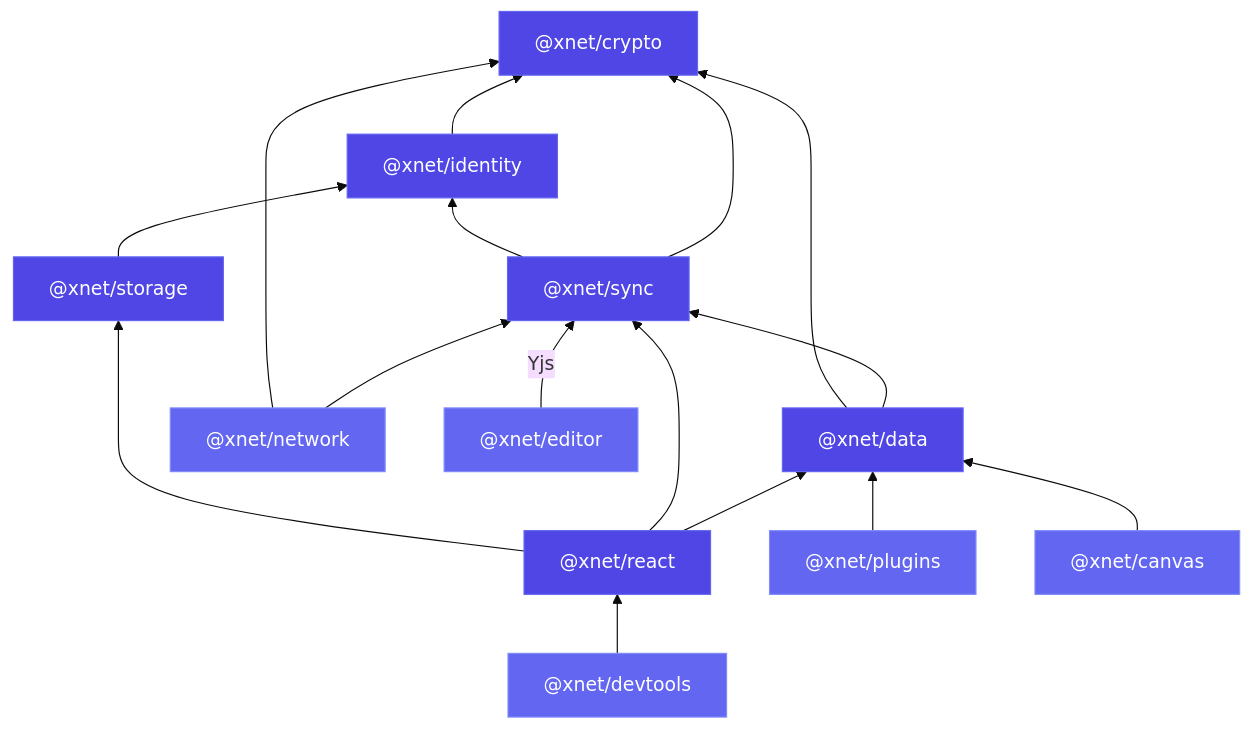
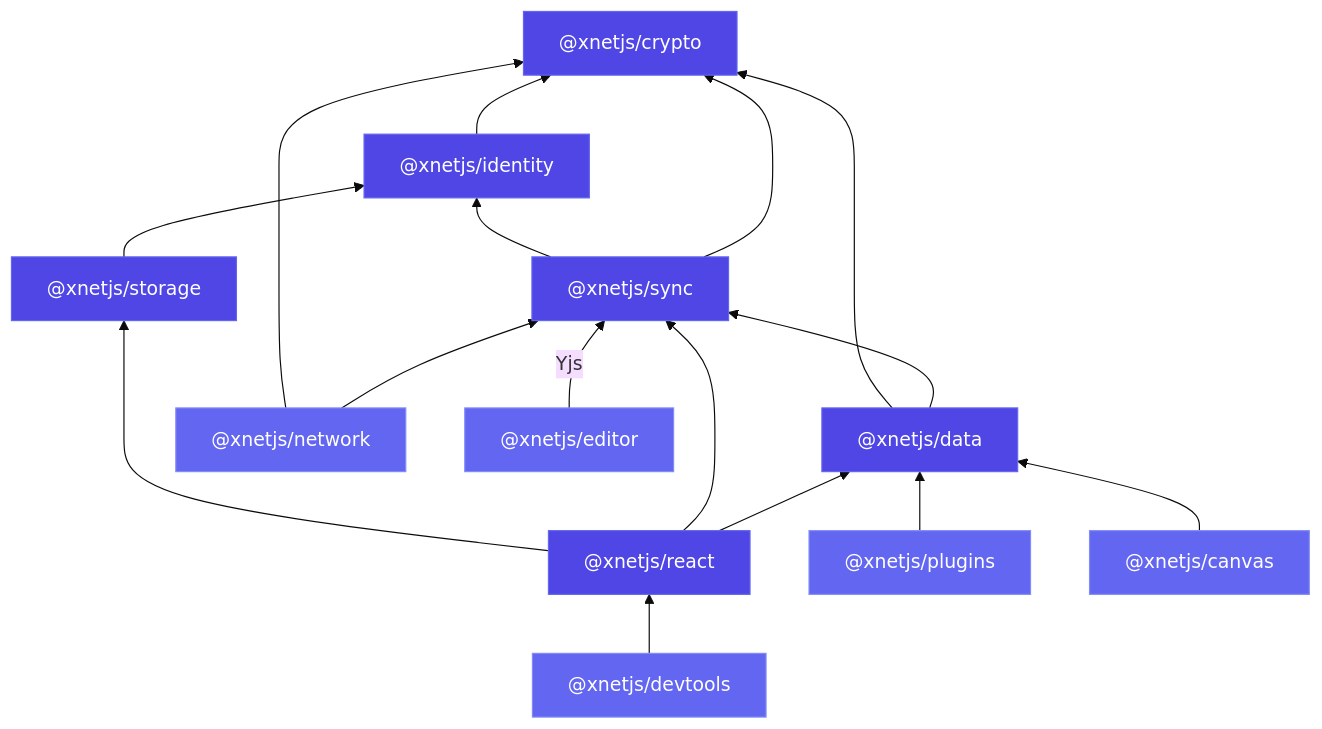
The diagram in site/src/content/docs/docs/architecture/package-graph.mdx (crs48/xNet), drawn with Mermaid (base theme) before and after one commit. The commit also changed other lines of this file and 980 other files, not shown here.

````diff
--- a/site/src/content/docs/docs/architecture/package-graph.mdx
+++ b/site/src/content/docs/docs/architecture/package-graph.mdx
@@ -13,42 +13,42 @@
 ```mermaid
 graph BT
-  crypto["@xnet/crypto"]
-  identity["@xnet/identity"]
-  storage["@xnet/storage"]
-  sync["@xnet/sync"]
-  data["@xnet/data"]
-  react["@xnet/react"]
-  network["@xnet/network"]
-  plugins["@xnet/plugins"]
-  editor["@xnet/editor"]
-  canvas["@xnet/canvas"]
-  devtools["@xnet/devtools"]
+  crypto["@xnetjs/crypto"]
+  identity["@xnetjs/identity"]
+  storage["@xnetjs/storage"]
+  sync["@xnetjs/sync"]
+  data["@xnetjs/data"]
+  react["@xnetjs/react"]
+  network["@xnetjs/network"]
+  plugins["@xnetjs/plugins"]
+  editor["@xnetjs/editor"]
+  canvas["@xnetjs/canvas"]
+  devtools["@xnetjs/devtools"]
 
   identity --> crypto
   storage --> identity
   sync --> crypto
   sync --> identity
   data --> sync
   data --> crypto
   network --> sync
   network --> crypto
   react --> data
   react --> sync
   react --> storage
   plugins --> data
   editor --> |Yjs| sync
   canvas --> data
   devtools --> react
 
   style crypto fill:#4f46e5,color:#fff,stroke:#6366f1
   style identity fill:#4f46e5,color:#fff,stroke:#6366f1
   style storage fill:#4f46e5,color:#fff,stroke:#6366f1
   style sync fill:#4f46e5,color:#fff,stroke:#6366f1
   style data fill:#4f46e5,color:#fff,stroke:#6366f1
   style react fill:#4f46e5,color:#fff,stroke:#6366f1
   style network fill:#6366f1,color:#fff,stroke:#818cf8
   style plugins fill:#6366f1,color:#fff,stroke:#818cf8
   style editor fill:#6366f1,color:#fff,stroke:#818cf8
   style canvas fill:#6366f1,color:#fff,stroke:#818cf8
   style devtools fill:#6366f1,color:#fff,stroke:#818cf8
 ```
````
